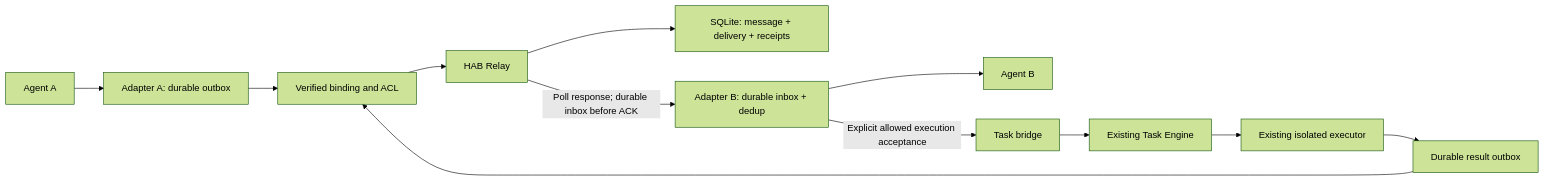
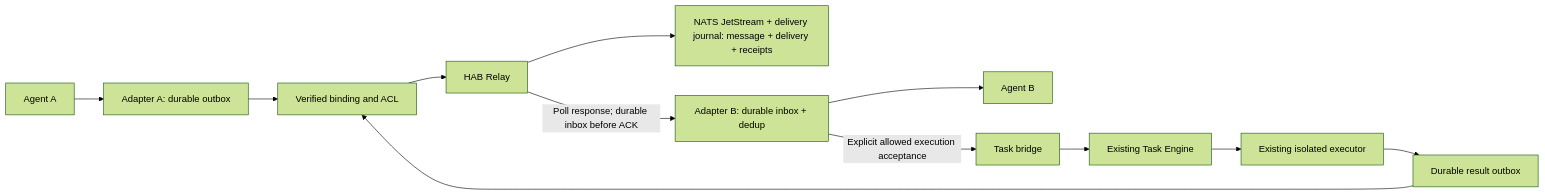
Before and after one commit to s-hiraoku/hiraoku-agent-base: the first of 4 diagrams in docs/hab-relay-spec.md, drawn with Mermaid (forest theme). The commit also changed other lines of this file and 12 other files, not shown here.

First line of the commit message:
docs: record the single-host, JetStream-only architecture as ADR-016

````diff
--- a/docs/hab-relay-spec.md
+++ b/docs/hab-relay-spec.md
@@ -49,14 +51,14 @@
 ```mermaid
 flowchart LR
   A["Agent A"] --> OA["Adapter A: durable outbox"]
   OA --> AUTH["Verified binding and ACL"]
   AUTH --> R["HAB Relay"]
-  R --> DB["SQLite: message + delivery + receipts"]
+  R --> DB["NATS JetStream + delivery journal: message + delivery + receipts"]
   R -->|"Poll response; durable inbox before ACK"| IB["Adapter B: durable inbox + dedup"]
   IB --> B["Agent B"]
   IB -->|"Explicit allowed execution acceptance"| TB["Task bridge"]
   TB --> TE["Existing Task Engine"]
   TE --> EX["Existing isolated executor"]
   EX --> OB["Durable result outbox"]
   OB --> AUTH
 ```
````
